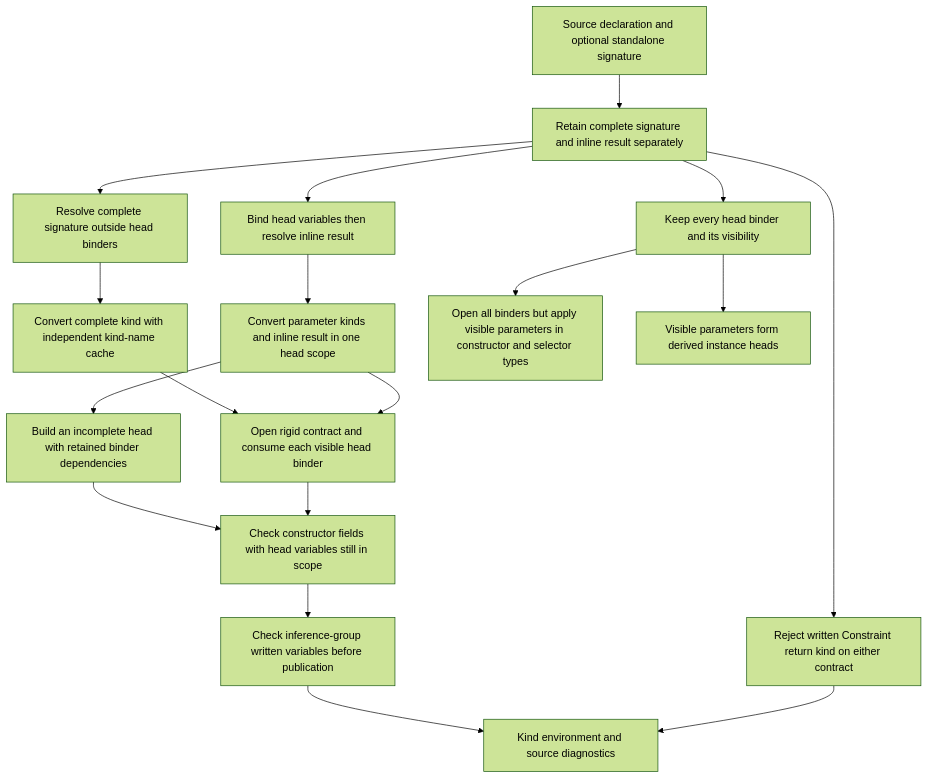
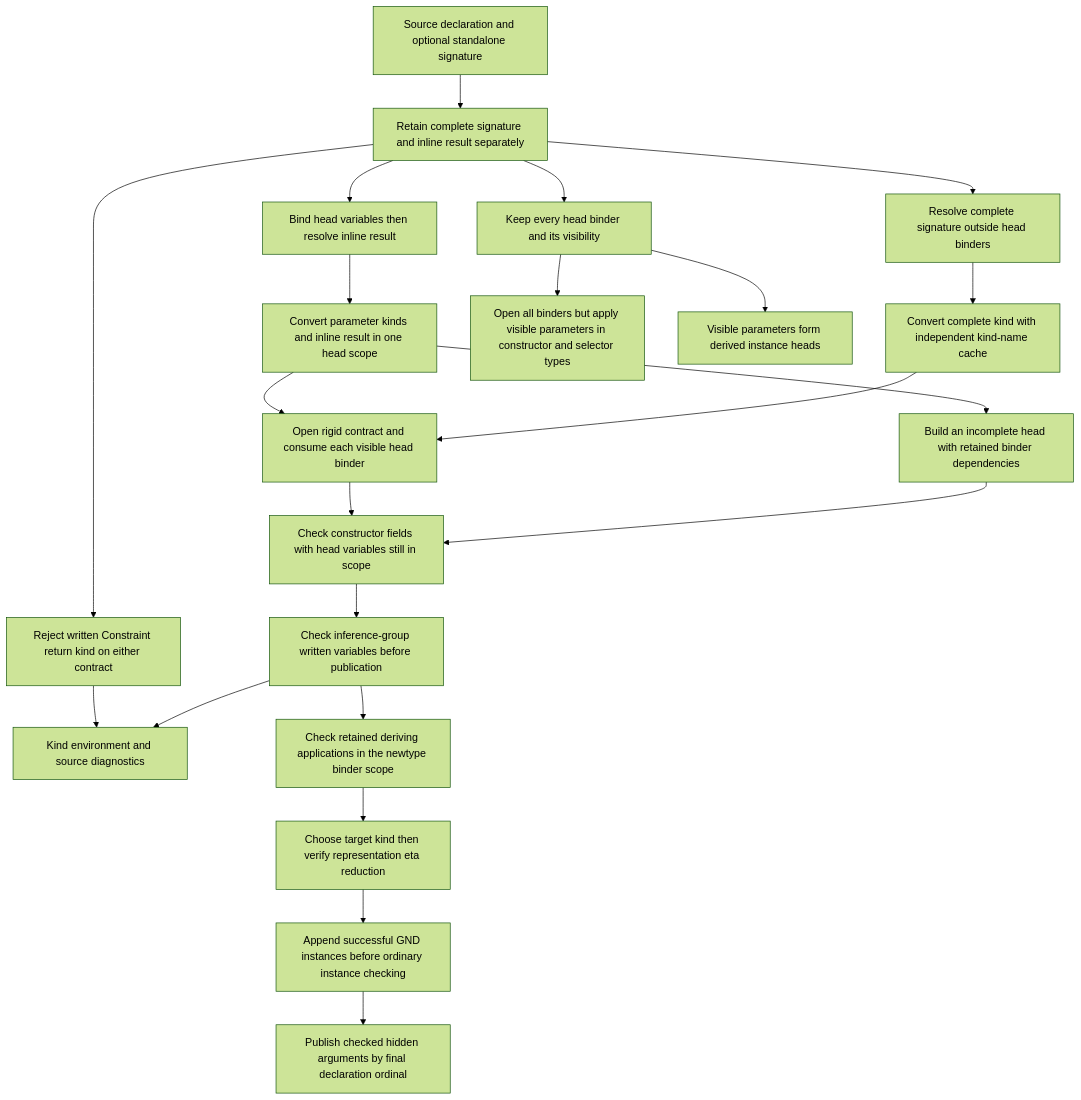
The first of 23 diagrams in spec-chirho/workflows-chirho/language-features-chirho/declaration-kinds-chirho.md (loveJesus/haskelujah-chirho), drawn with Mermaid (forest theme) before and after one commit. The commit also changed other lines of this file and 77 other files, not shown here.

First line of the commit message:
Preserve deriving applications and elaborate GND from checked kinds

````diff
--- a/spec-chirho/workflows-chirho/language-features-chirho/declaration-kinds-chirho.md
+++ b/spec-chirho/workflows-chirho/language-features-chirho/declaration-kinds-chirho.md
@@ -10,20 +10,24 @@
 ```mermaid
 flowchart TD
   SourceChirho[Source declaration and optional standalone signature] --> LowerChirho[Retain complete signature and inline result separately]
   LowerChirho --> CompleteNamesChirho[Resolve complete signature outside head binders]
   LowerChirho --> HeadNamesChirho[Bind head variables then resolve inline result]
   CompleteNamesChirho --> CompleteKindChirho[Convert complete kind with independent kind-name cache]
   HeadNamesChirho --> HeadKindsChirho[Convert parameter kinds and inline result in one head scope]
   HeadKindsChirho --> ComposeChirho[Build an incomplete head with retained binder dependencies]
   CompleteKindChirho --> ReconcileChirho[Open rigid contract and consume each visible head binder]
   HeadKindsChirho --> ReconcileChirho
   ComposeChirho --> FieldsChirho
   ReconcileChirho --> FieldsChirho[Check constructor fields with head variables still in scope]
   LowerChirho --> ConstraintChirho[Reject written Constraint return kind on either contract]
   FieldsChirho --> GroupContractChirho[Check inference-group written variables before publication]
   GroupContractChirho --> ResultChirho[Kind environment and source diagnostics]
   ConstraintChirho --> ResultChirho
   LowerChirho --> VisibilityChirho[Keep every head binder and its visibility]
   VisibilityChirho --> SchemesChirho[Open all binders but apply visible parameters in constructor and selector types]
   VisibilityChirho --> DerivingChirho[Visible parameters form derived instance heads]
+  GroupContractChirho --> WrittenDerivingChirho[Check retained deriving applications in the newtype binder scope]
+  WrittenDerivingChirho --> EtaChirho[Choose target kind then verify representation eta reduction]
+  EtaChirho --> InstancesChirho[Append successful GND instances before ordinary instance checking]
+  InstancesChirho --> InstanceEvidenceChirho[Publish checked hidden arguments by final declaration ordinal]
 ```
````
